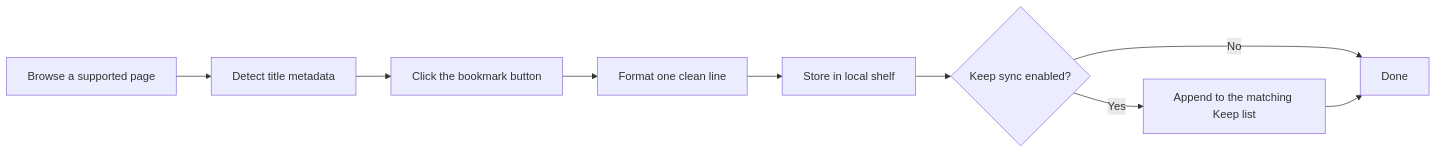
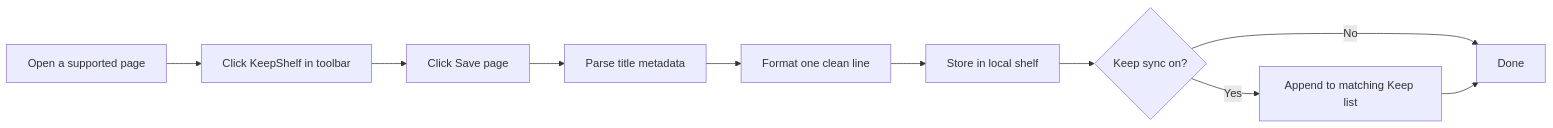
The diagram in README.md (THEFZNKHAN/KeepShelf), drawn with Mermaid before and after one commit. The commit also changed other lines of this file, not shown here.

````diff
--- a/README.md
+++ b/README.md
@@ -117,11 +120,12 @@
 ```mermaid
 flowchart LR
-  browse[Browse a supported page] --> detect[Detect title metadata]
-  detect --> save[Click the bookmark button]
-  save --> format[Format one clean line]
+  browse[Open a supported page] --> popup[Click KeepShelf in toolbar]
+  popup --> save[Click Save page]
+  save --> parse[Parse title metadata]
+  parse --> format[Format one clean line]
   format --> shelf[Store in local shelf]
-  shelf --> keep{Keep sync enabled?}
-  keep -->|Yes| append[Append to the matching Keep list]
+  shelf --> keep{Keep sync on?}
+  keep -->|Yes| append[Append to matching Keep list]
   keep -->|No| done[Done]
   append --> done
 ```
````
